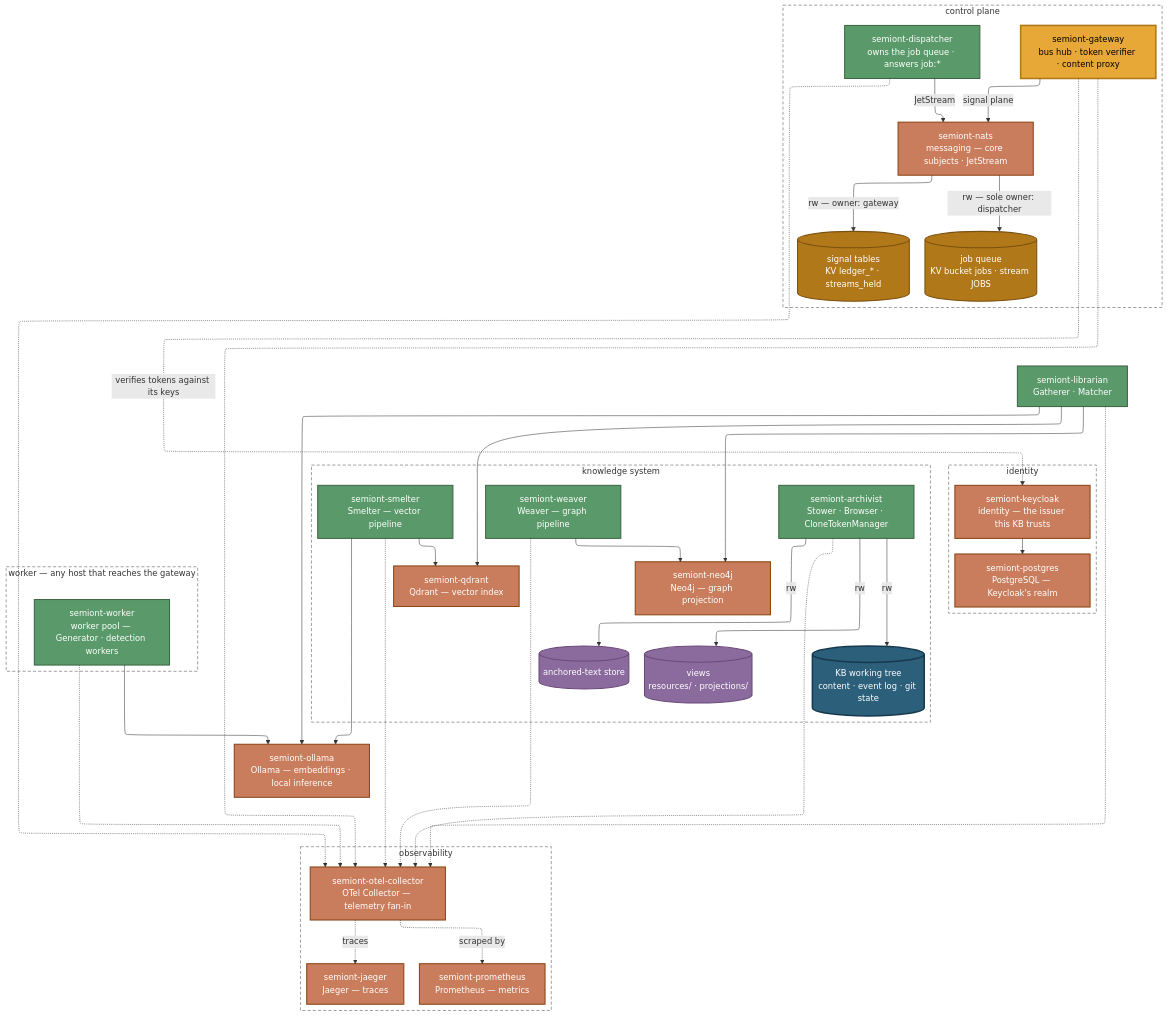
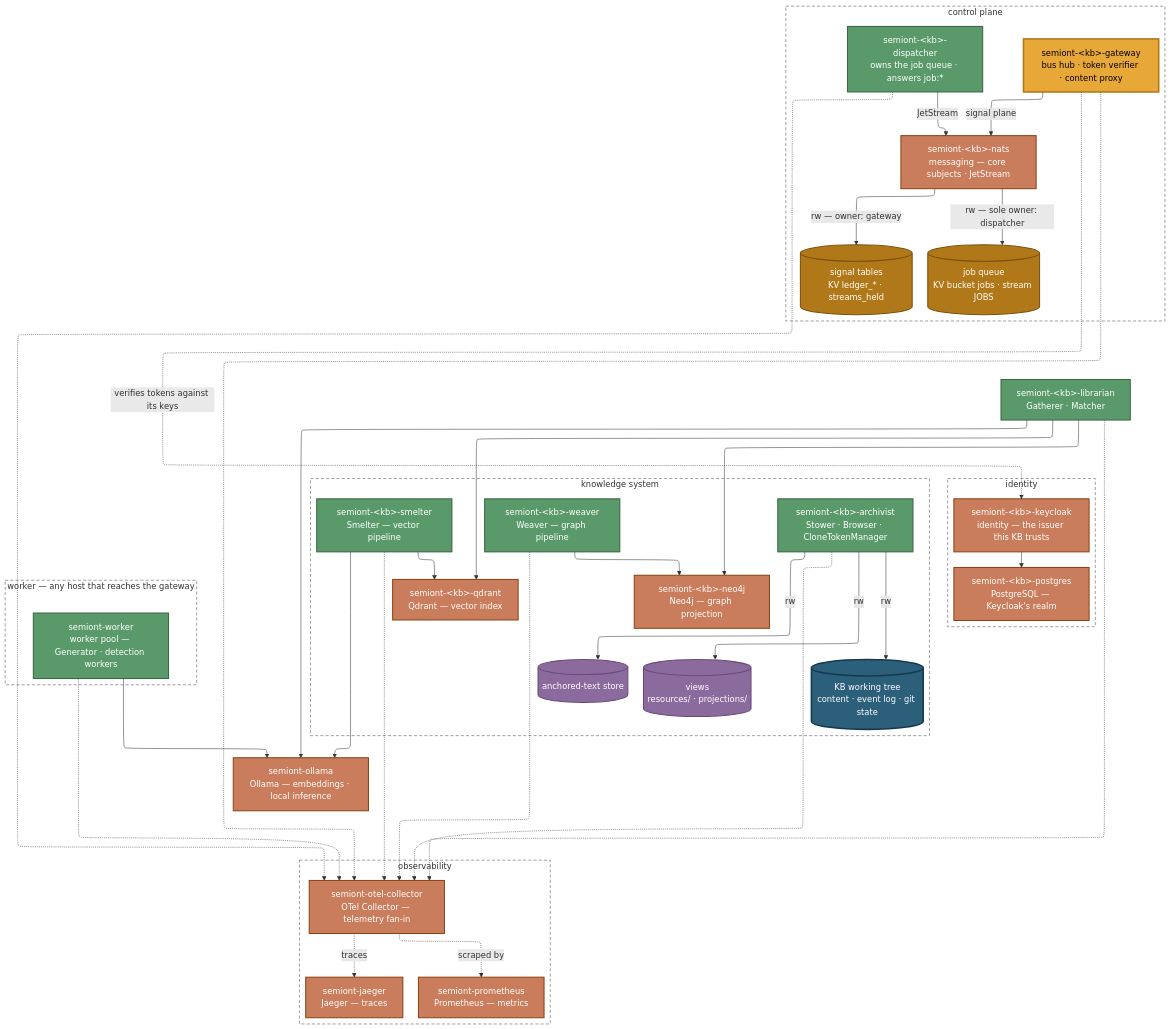
Before and after one commit to The-AI-Alliance/semiont: the second of 2 diagrams in docs/operator/CONTAINER-TOPOLOGY.md, drawn with Mermaid. The commit also changed other lines of this file and 100 other files, not shown here.

```diff
--- a/docs/operator/CONTAINER-TOPOLOGY.md
+++ b/docs/operator/CONTAINER-TOPOLOGY.md
@@ -102,30 +104,30 @@
 ---
 graph TB
     subgraph G1 ["control plane"]
-        GW["semiont-gateway<br/>bus hub · token verifier · content proxy"]
-        DISP["semiont-dispatcher<br/>owns the job queue · answers job:*"]
-        NATS["semiont-nats<br/>messaging — core subjects · JetStream"]
+        GW["semiont-&lt;kb&gt;-gateway<br/>bus hub · token verifier · content proxy"]
+        DISP["semiont-&lt;kb&gt;-dispatcher<br/>owns the job queue · answers job:*"]
+        NATS["semiont-&lt;kb&gt;-nats<br/>messaging — core subjects · JetStream"]
         JS[("job queue<br/>KV bucket jobs · stream JOBS")]
         SIG[("signal tables<br/>KV ledger_* · streams_held")]
     end
 
     subgraph G4 ["identity"]
-        KC["semiont-keycloak<br/>identity — the issuer this KB trusts"]
-        PG["semiont-postgres<br/>PostgreSQL — Keycloak's realm"]
+        KC["semiont-&lt;kb&gt;-keycloak<br/>identity — the issuer this KB trusts"]
+        PG["semiont-&lt;kb&gt;-postgres<br/>PostgreSQL — Keycloak's realm"]
     end
 
     subgraph G2 ["knowledge system"]
-        ARCH["semiont-archivist<br/>Stower · Browser · CloneTokenManager"]
+        ARCH["semiont-&lt;kb&gt;-archivist<br/>Stower · Browser · CloneTokenManager"]
         TREE[("KB working tree<br/>content · event log · git state")]
         VIEWS[("views<br/>resources/ · projections/")]
         ANCH[("anchored-text store")]
-        WEAVE["semiont-weaver<br/>Weaver — graph pipeline"]
-        SMELT["semiont-smelter<br/>Smelter — vector pipeline"]
-        NEO["semiont-neo4j<br/>Neo4j — graph projection"]
-        QD["semiont-qdrant<br/>Qdrant — vector index"]
+        WEAVE["semiont-&lt;kb&gt;-weaver<br/>Weaver — graph pipeline"]
+        SMELT["semiont-&lt;kb&gt;-smelter<br/>Smelter — vector pipeline"]
+        NEO["semiont-&lt;kb&gt;-neo4j<br/>Neo4j — graph projection"]
+        QD["semiont-&lt;kb&gt;-qdrant<br/>Qdrant — vector index"]
     end
 
-    LIB["semiont-librarian<br/>Gatherer · Matcher"]
+    LIB["semiont-&lt;kb&gt;-librarian<br/>Gatherer · Matcher"]
     OL["semiont-ollama<br/>Ollama — embeddings · local inference"]
 
     subgraph G3 ["worker — any host that reaches the gateway"]
```
